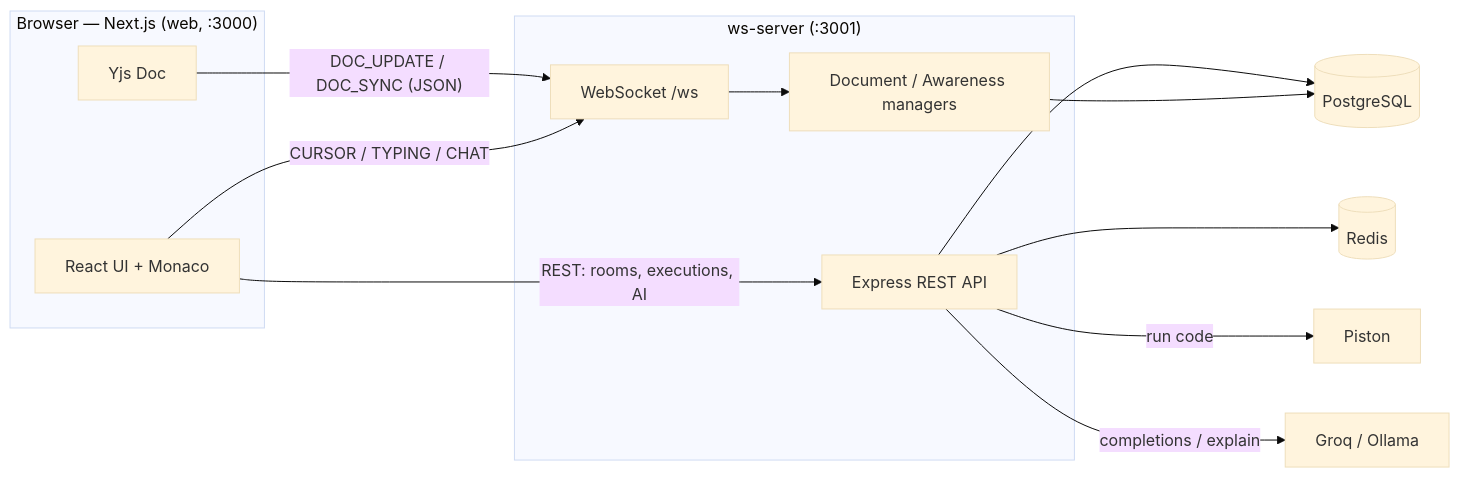
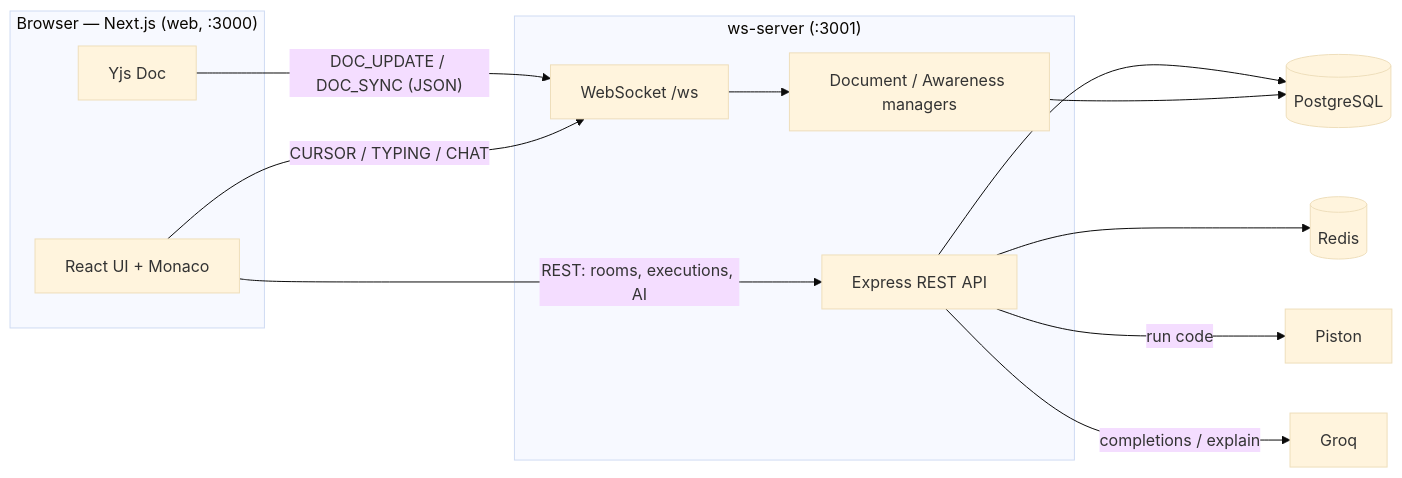
Before and after one commit to NajibHossain49/DevCollab: the diagram in README.md, drawn with Mermaid (base theme). The commit also changed other lines of this file and 4 other files, not shown here.

````diff
--- a/README.md
+++ b/README.md
@@ -55,28 +55,28 @@
 ```mermaid
 flowchart LR
     subgraph Client["Browser — Next.js (web, :3000)"]
         UI[React UI + Monaco]
         Y[Yjs Doc]
     end
 
     subgraph Server["ws-server (:3001)"]
         REST[Express REST API]
         WS[WebSocket /ws]
         DM[Document / Awareness managers]
     end
 
     DB[(PostgreSQL)]
     RD[(Redis)]
     J0[Piston]
-    AI[Groq / Ollama]
+    AI[Groq]
 
     UI -- REST: rooms, executions, AI --> REST
     Y -- DOC_UPDATE / DOC_SYNC (JSON) --> WS
     UI -- CURSOR / TYPING / CHAT --> WS
     WS --> DM
     REST --> DB
     REST --> RD
     DM --> DB
     REST -- run code --> J0
     REST -- completions / explain --> AI
 ```
````
